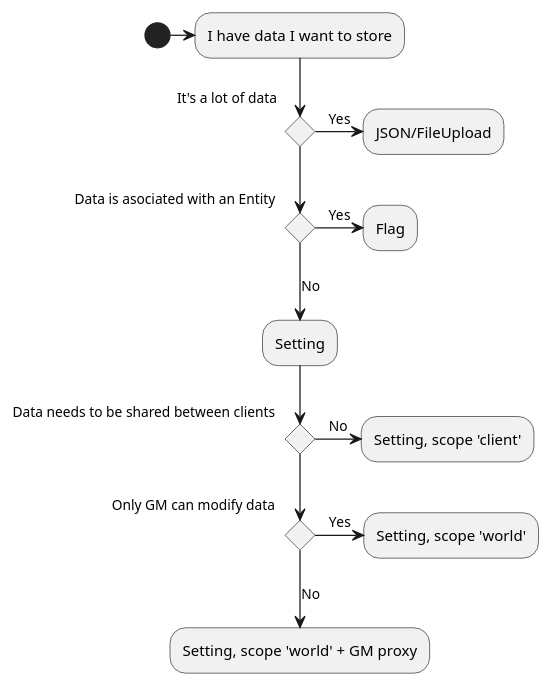
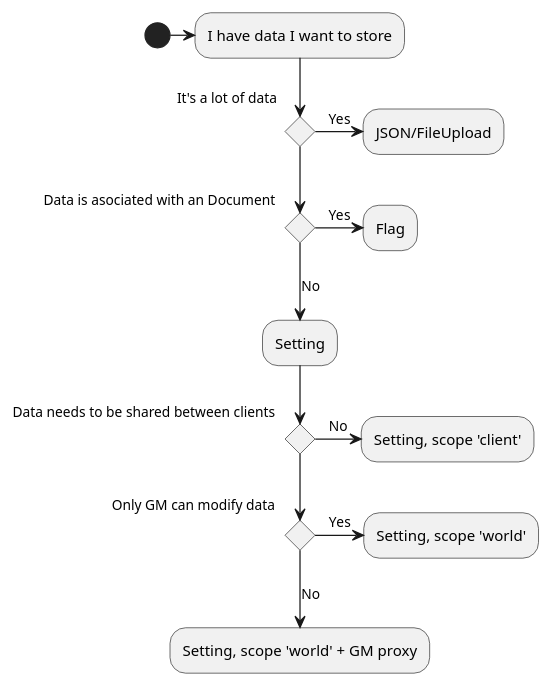
Before and after one commit to foundry-vtt-community/wiki.js: the diagram in development/guides/handling-data.md, drawn with PlantUML. The commit also changed other lines of this file, not shown here.

Commit message:
docs: update development/guides/handling-data

````diff
--- a/development/guides/handling-data.md
+++ b/development/guides/handling-data.md
@@ -15,25 +15,25 @@
 ```plantuml
 @startuml
 
 (*)-> "I have data I want to store"
 if "It's a lot of data" then
 	->[Yes] "JSON/FileUpload"
 else
-  if "Data is asociated with an Entity" then
+  if "Data is asociated with an Document" then
     ->[Yes] "Flag"
   else
     -->[No] "Setting"
     if "Data needs to be shared between clients"
       ->[No] "Setting, scope 'client'"
     else
       if "Only GM can modify data"
         ->[Yes] "Setting, scope 'world'"
       else
         -->[No] "Setting, scope 'world' + GM proxy"
       endif
     endif
   endif
 endif
 
 @enduml
 ```
````
